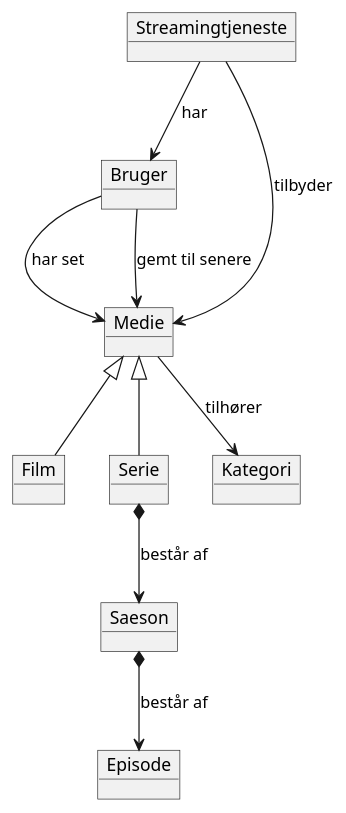
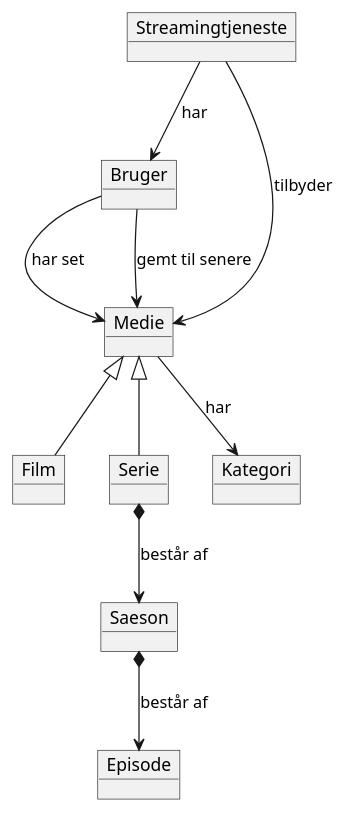
Before and after one commit to offwong/SP3: the diagram in doc/static/domæneModel.puml, drawn with PlantUML. The commit also changed 9 other files, not shown here.

```diff
--- a/doc/static/domæneModel.puml
+++ b/doc/static/domæneModel.puml
@@ -1,26 +1,26 @@
 @startuml
 
 object Streamingtjeneste
 object Bruger
 object Medie
 object Film
 object Serie
 object Kategori
 object Saeson
 object Episode
 
 Medie <|-- Film
 Medie <|-- Serie
 
 Streamingtjeneste --> Bruger : har
 Streamingtjeneste --> Medie : tilbyder
 
-Medie --> Kategori : tilhører
+Medie --> Kategori : har
 
 Bruger --> Medie : har set
 Bruger --> Medie : gemt til senere
 
 Serie *--> Saeson : består af
 Saeson *--> Episode : består af
 
 @enduml
```
